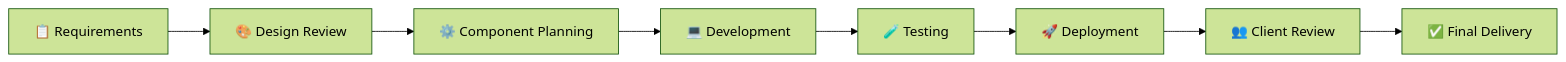
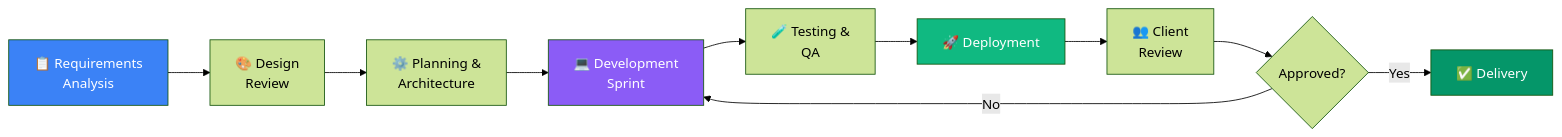
Before and after one commit to AMAIDI-MOHAMED/AMAIDI-MOHAMED: the diagram in README.md, drawn with Mermaid (forest theme). The commit also changed other lines of this file, not shown here.

````diff
--- a/README.md
+++ b/README.md
@@ -176,10 +343,17 @@
 ```mermaid
 graph LR
-    A[📋 Requirements] --> B[🎨 Design Review]
-    B --> C[⚙️ Component Planning]
-    C --> D[💻 Development]
-    D --> E[🧪 Testing]
+    A[📋 Requirements<br/>Analysis] --> B[🎨 Design<br/>Review]
+    B --> C[⚙️ Planning &<br/>Architecture]
+    C --> D[💻 Development<br/>Sprint]
+    D --> E[🧪 Testing &<br/>QA]
     E --> F[🚀 Deployment]
-    F --> G[👥 Client Review]
-    G --> H[✅ Final Delivery]
+    F --> G[👥 Client<br/>Review]
+    G --> H{Approved?}
+    H -->|Yes| I[✅ Delivery]
+    H -->|No| D
+    
+    style A fill:#3b82f6,color:#fff
+    style D fill:#8b5cf6,color:#fff
+    style F fill:#10b981,color:#fff
+    style I fill:#059669,color:#fff
 ```
````
